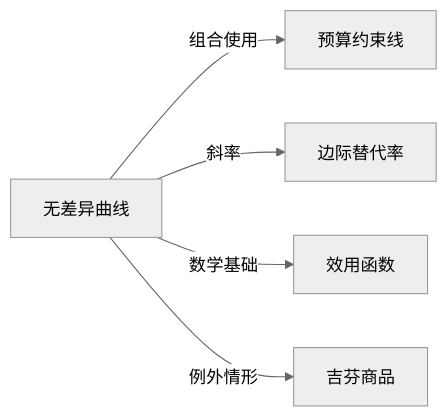
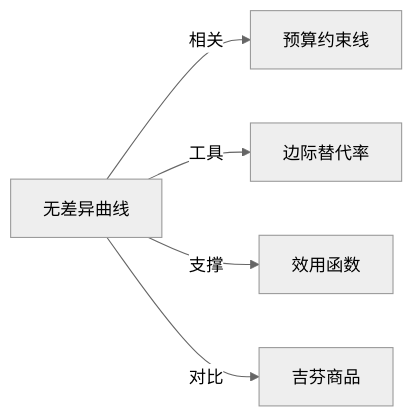
The diagram in Knowledge/Concepts/经济/无差异曲线.md (KIMMCHOW/MyKnowledge), drawn with Mermaid (neutral theme) before and after one commit. The commit also changed 95 other files, not shown here.

Commit message:
reorganize: 统一关系图边标签为11类

````diff
--- a/Knowledge/Concepts/经济/无差异曲线.md
+++ b/Knowledge/Concepts/经济/无差异曲线.md
@@ -43,7 +43,7 @@
 ```mermaid
 graph LR
-无差异曲线 -->|组合使用| 预算约束线
-无差异曲线 -->|斜率| 边际替代率
-无差异曲线 -->|数学基础| 效用函数
-无差异曲线 -->|例外情形| 吉芬商品
+无差异曲线 -->|相关| 预算约束线
+无差异曲线 -->|工具| 边际替代率
+无差异曲线 -->|支撑| 效用函数
+无差异曲线 -->|对比| 吉芬商品
 ```
````
